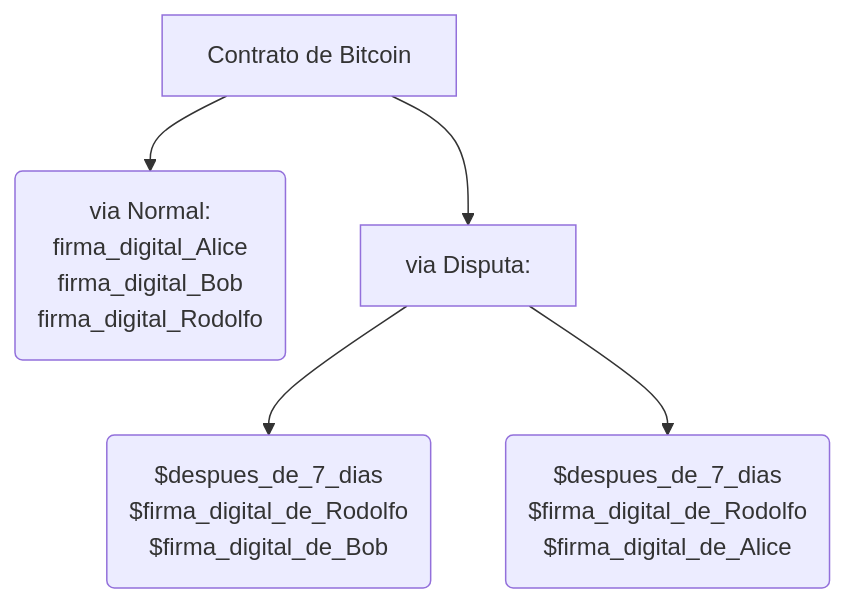
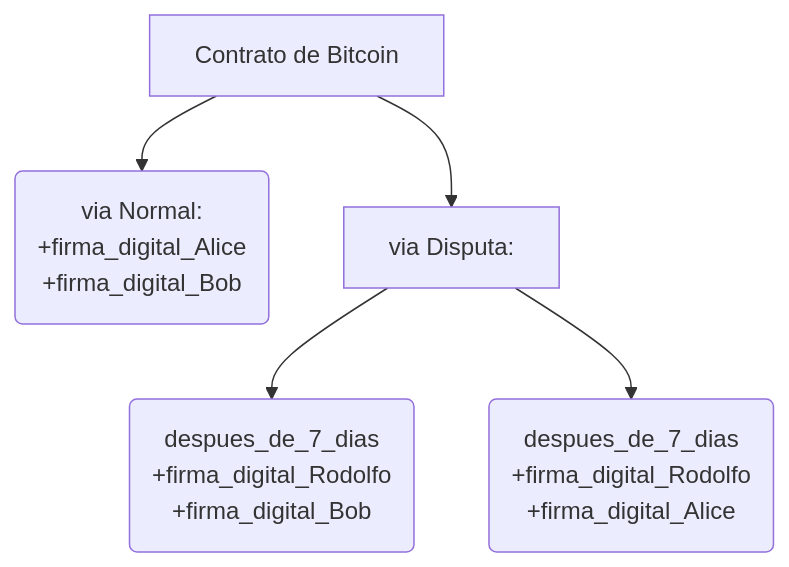
One commit to latam1/noname changed the third of 3 diagrams in README.md. Above: the diagram before and after it, drawn with Mermaid.

````diff
--- a/README.md
+++ b/README.md
@@ -51,11 +51,7 @@
 ```mermaid
 graph TD
-A[Contrato de Bitcoin] --> B("via Normal:<br/>firma_digital_Alice<br/>firma_digital_Bob<br/>firma_digital_Rodolfo") 
+A[Contrato de Bitcoin] --> B("via Normal:<br/>+firma_digital_Alice<br/>+firma_digital_Bob") 
 A --> C[via Disputa:]   
-C --> D("$despues_de_7_dias
-$firma_digital_de_Rodolfo
-$firma_digital_de_Bob")
-C --> E("$despues_de_7_dias
-$firma_digital_de_Rodolfo
-$firma_digital_de_Alice")
+C --> D("despues_de_7_dias<br/>+firma_digital_Rodolfo<br/>+firma_digital_Bob")
+C --> E("despues_de_7_dias<br/>+firma_digital_Rodolfo<br/>+firma_digital_Alice")
 ```
````
